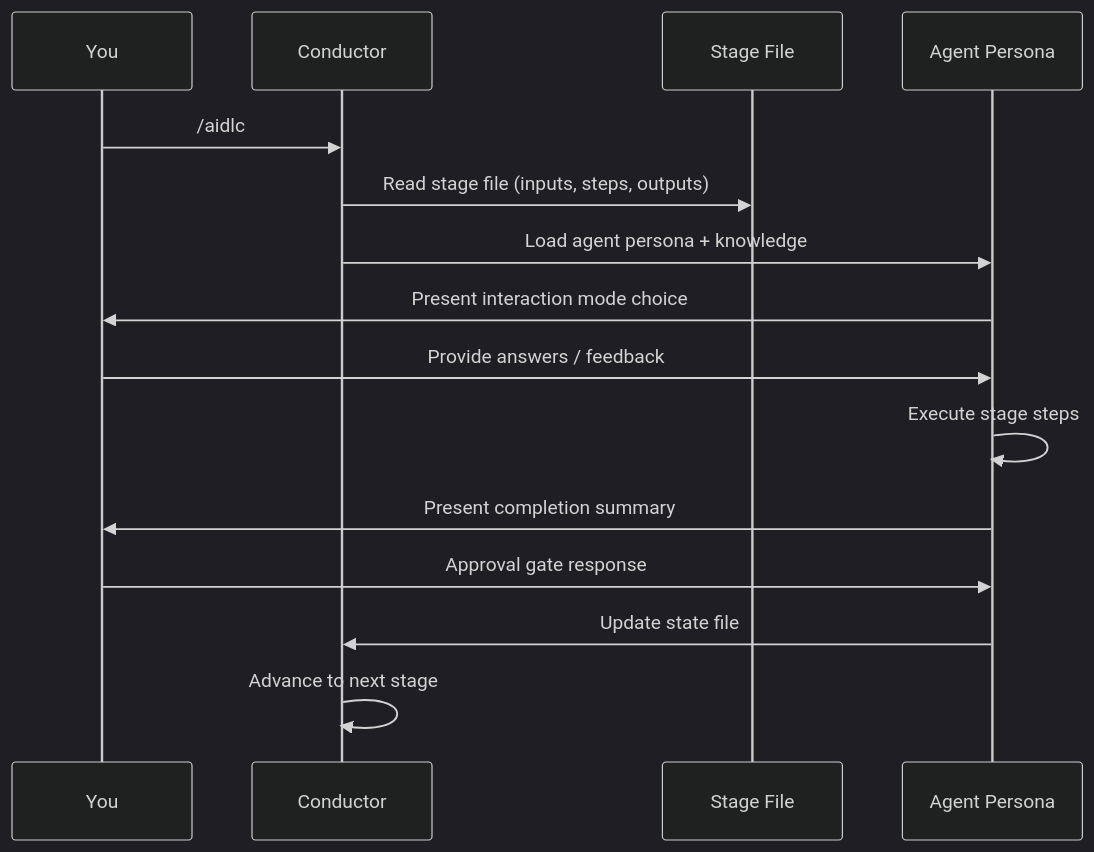
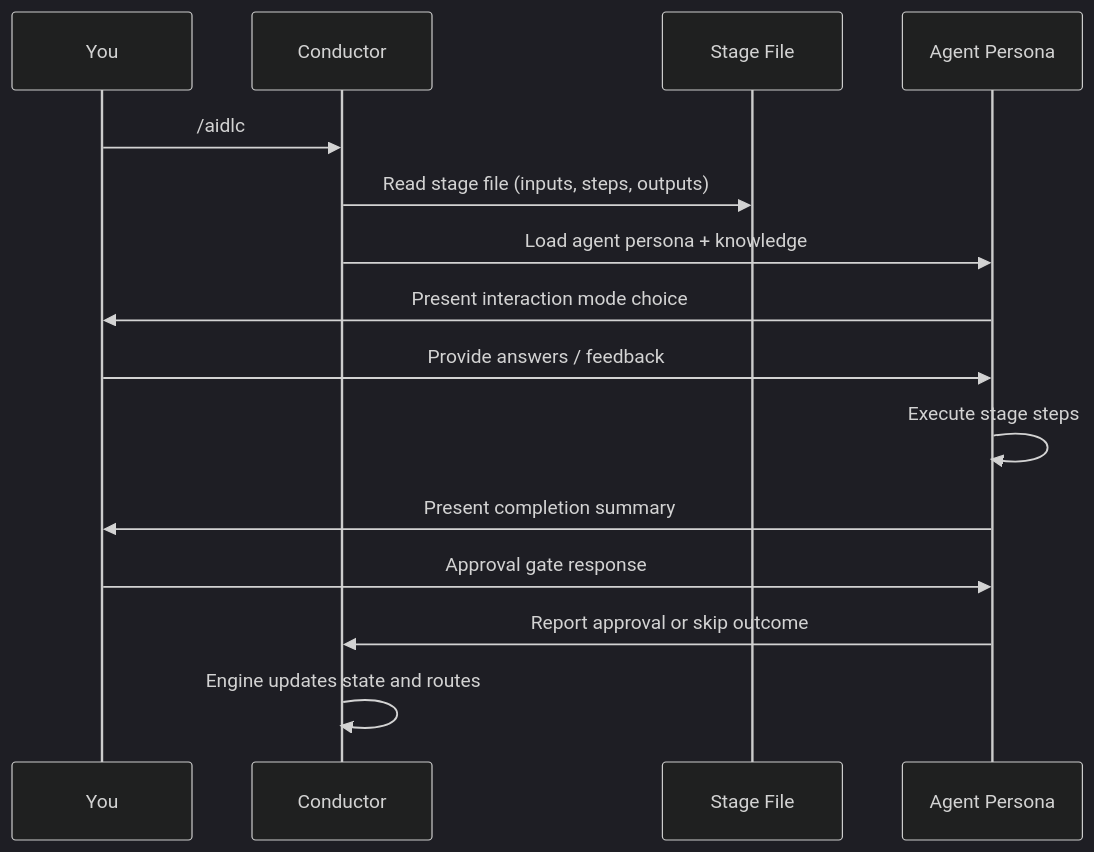
Before and after one commit to awslabs/aidlc-workflows: the first of 2 diagrams in docs/guide/02-your-first-workflow.md, drawn with Mermaid (dark theme). The commit also changed other lines of this file and 680 other files, not shown here.

````diff
--- a/docs/guide/02-your-first-workflow.md
+++ b/docs/guide/02-your-first-workflow.md
@@ -190,18 +190,18 @@
 ```mermaid
 sequenceDiagram
     participant U as You
     participant O as Conductor
     participant S as Stage File
     participant A as Agent Persona
 
     U->>O: /aidlc
     O->>S: Read stage file (inputs, steps, outputs)
     O->>A: Load agent persona + knowledge
     A->>U: Present interaction mode choice
     U->>A: Provide answers / feedback
     A->>A: Execute stage steps
     A->>U: Present completion summary
     U->>A: Approval gate response
-    A->>O: Update state file
-    O->>O: Advance to next stage
+    A->>O: Report approval or skip outcome
+    O->>O: Engine updates state and routes
 ```
````
